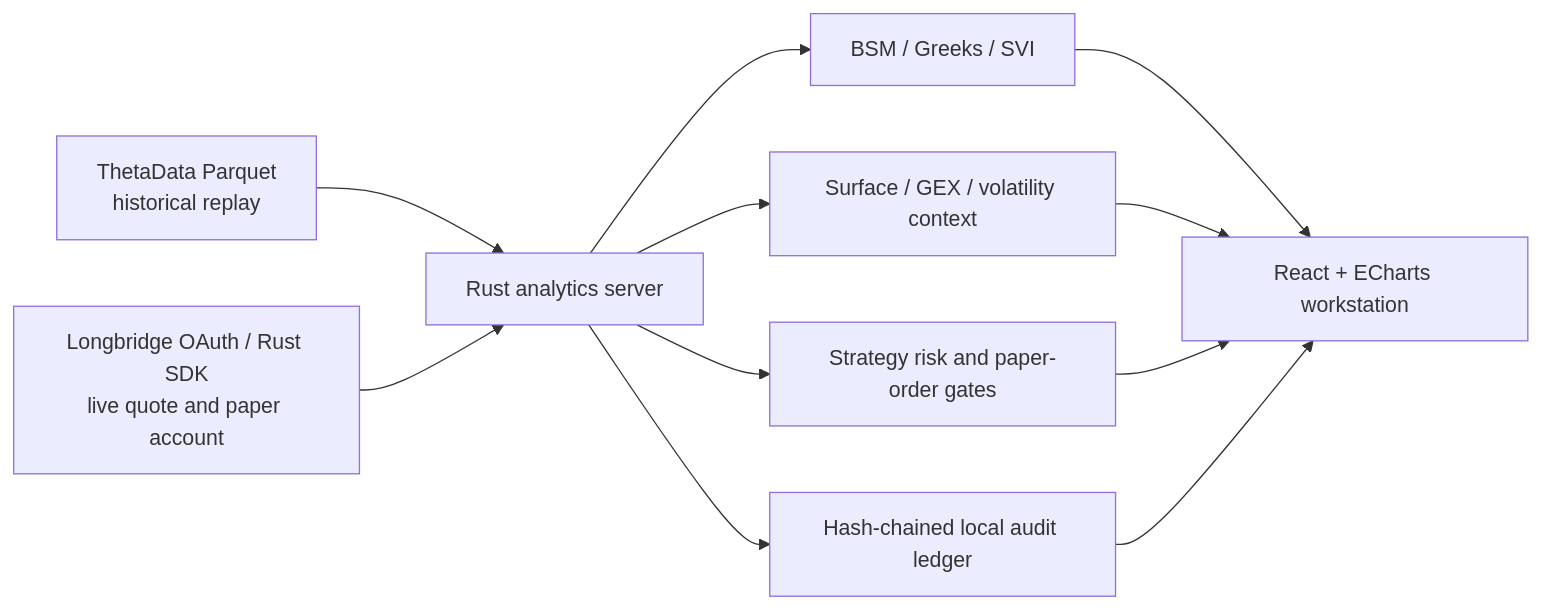
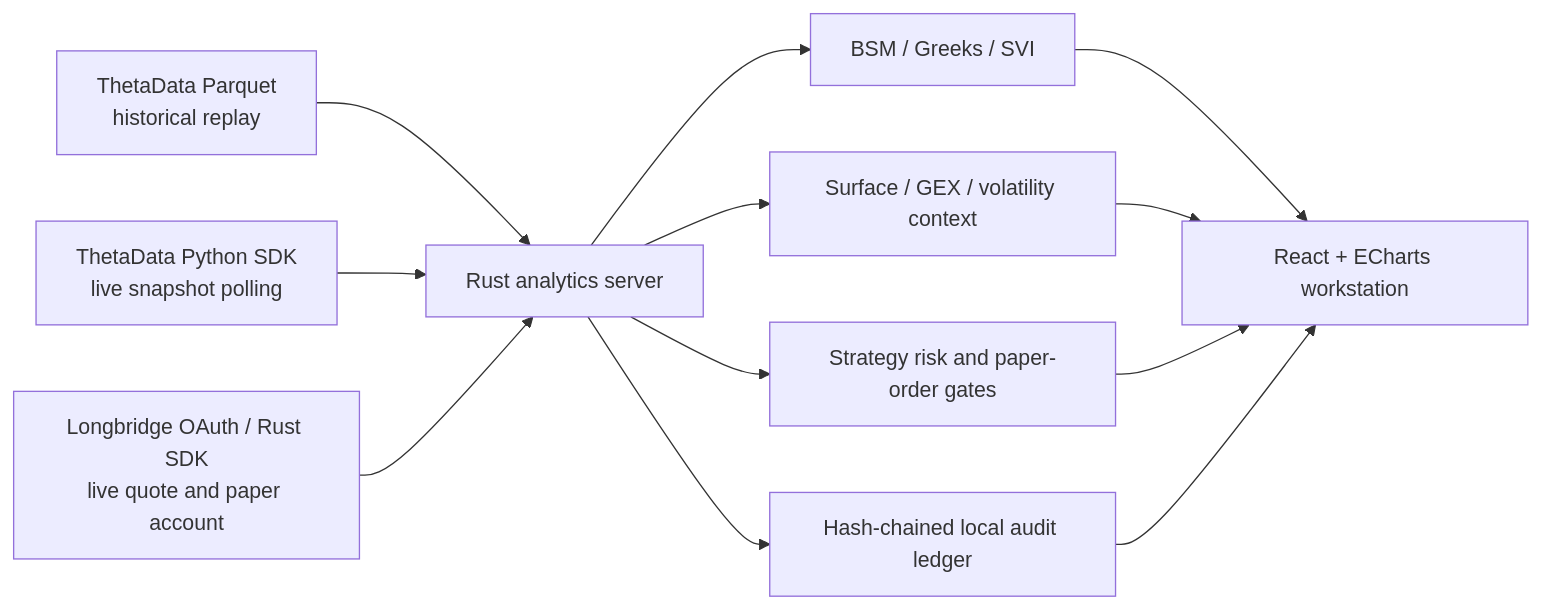
Before and after one commit to khakhasshi/OptionWorkstation: the diagram in README.en.md, drawn with Mermaid. The commit also changed other lines of this file and 57 other files, not shown here.

First line of the commit message:
Improve replay and live analytics, research workspaces, and factor roadmap (#41)

````diff
--- a/README.en.md
+++ b/README.en.md
@@ -70,13 +74,14 @@
 ```mermaid
 flowchart LR
   A["ThetaData Parquet<br/>historical replay"] --> R["Rust analytics server"]
+  T["ThetaData Python SDK<br/>live snapshot polling"] --> R
   B["Longbridge OAuth / Rust SDK<br/>live quote and paper account"] --> R
   R --> C["BSM / Greeks / SVI"]
   R --> D["Surface / GEX / volatility context"]
   R --> E["Strategy risk and paper-order gates"]
   R --> F["Hash-chained local audit ledger"]
   C --> W["React + ECharts workstation"]
   D --> W
   E --> W
   F --> W
 ```
````
